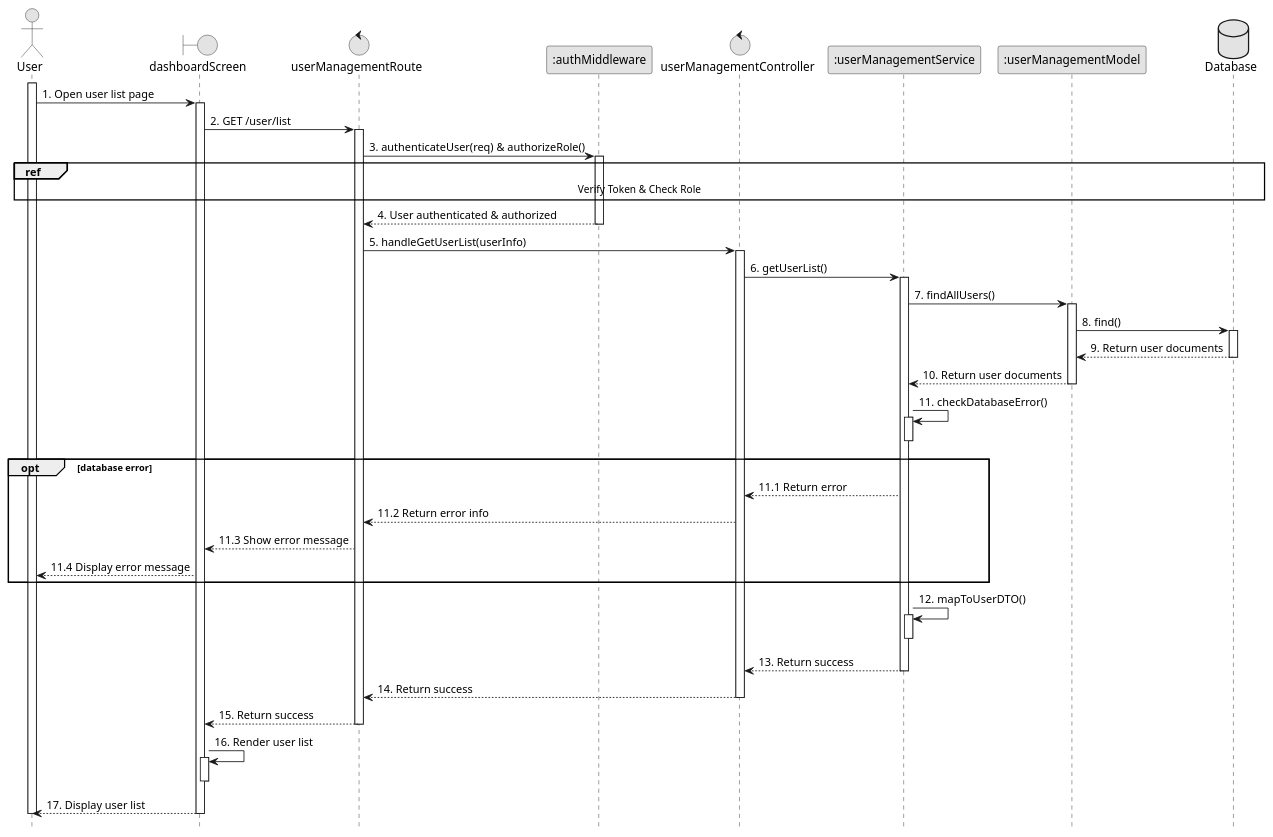
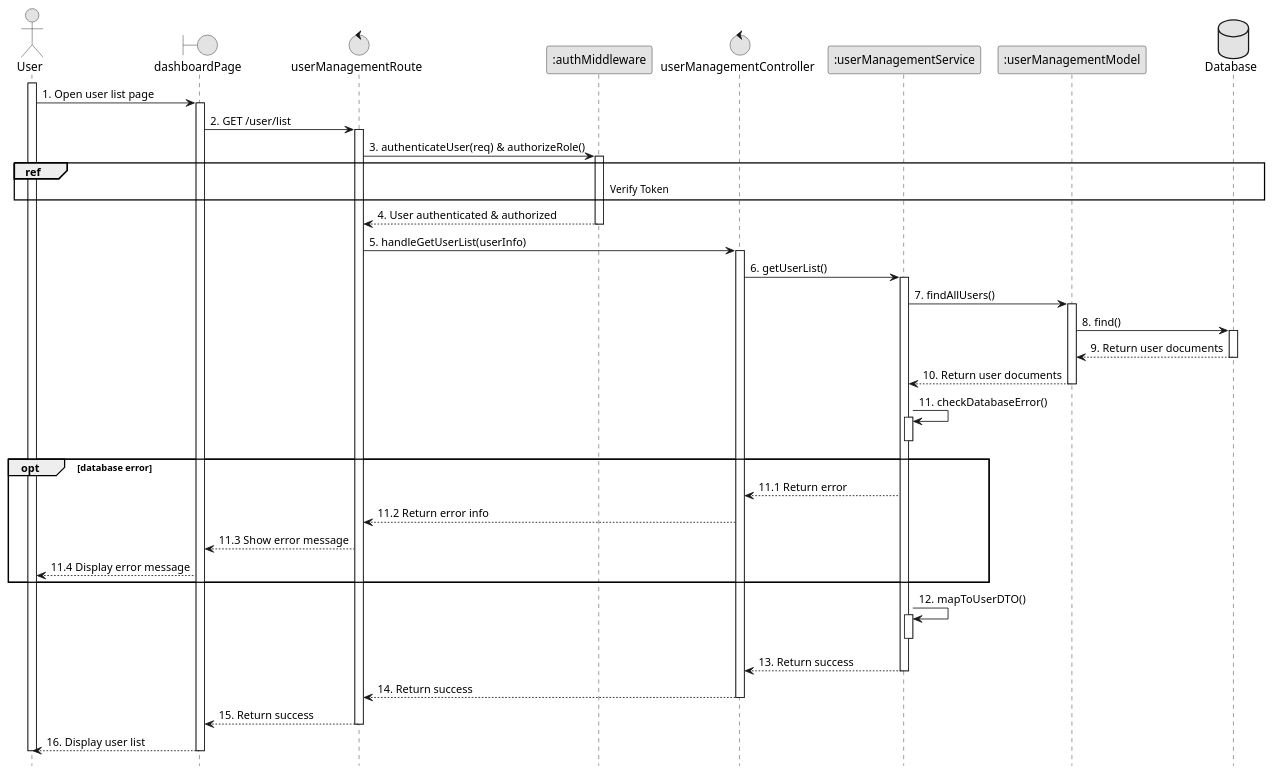
One commit to VietDurian/VietDurian changed the diagram in planuml/web/12.1_viewUserList.puml. Above: the diagram before and after it, drawn with PlantUML. The commit also changed 24 other files, not shown here.

Commit message:
ViVLT: Edit sequence and add check role flow for authentication sub sequence

```diff
--- a/planuml/web/12.1_viewUserList.puml
+++ b/planuml/web/12.1_viewUserList.puml
@@ -1,63 +1,61 @@
 @startuml 12.1_viewUserList
 skinparam monochrome true
 skinparam shadowing false
 skinparam sequenceArrowThickness 1
 hide footbox
 
 actor User
-boundary dashboardScreen as UI
+boundary dashboardPage as UI
 control userManagementRoute as Route
 participant ":authMiddleware" as Middleware
 control userManagementController as Controller
 participant ":userManagementService" as Service
 participant ":userManagementModel" as Model
 database Database as DB
 
 activate User
 User -> UI : 1. Open user list page
 activate UI
 UI -> Route : 2. GET /user/list
 activate Route
 Route -> Middleware : 3. authenticateUser(req) & authorizeRole()
 activate Middleware
-ref over User, DB: Verify Token & Check Role
+ref over User, DB: Verify Token
 Middleware --> Route : 4. User authenticated & authorized
 deactivate Middleware
 Route -> Controller : 5. handleGetUserList(userInfo)
 activate Controller
 Controller -> Service : 6. getUserList()
 activate Service
 Service -> Model : 7. findAllUsers()
 activate Model
 Model -> DB : 8. find()
 activate DB
 DB --> Model : 9. Return user documents
 deactivate DB
 Model --> Service : 10. Return user documents
 deactivate Model
 Service -> Service : 11. checkDatabaseError()
 activate Service
 deactivate Service
 opt database error
     Service --> Controller : 11.1 Return error
     Controller --> Route : 11.2 Return error info
     Route --> UI : 11.3 Show error message
     UI --> User : 11.4 Display error message
 end
 Service -> Service : 12. mapToUserDTO()
 activate Service
 deactivate Service
 Service --> Controller : 13. Return success
 deactivate Service
 Controller --> Route : 14. Return success
 deactivate Controller
 Route --> UI : 15. Return success
 deactivate Route
-UI -> UI : 16. Render user list
-activate UI
-deactivate UI
-UI --> User : 17. Display user list
+
+UI --> User : 16. Display user list
 deactivate UI
 deactivate User
 
 @enduml
```
